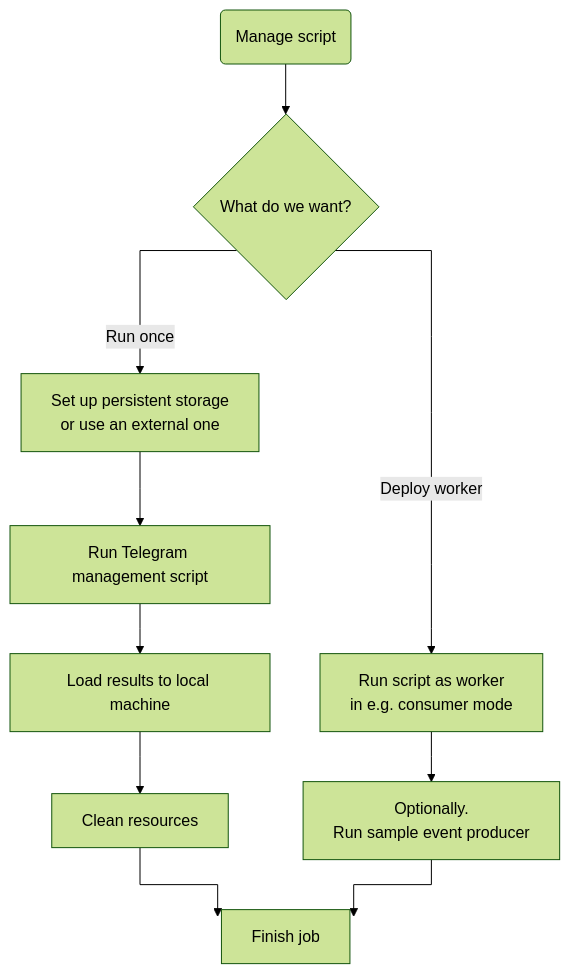
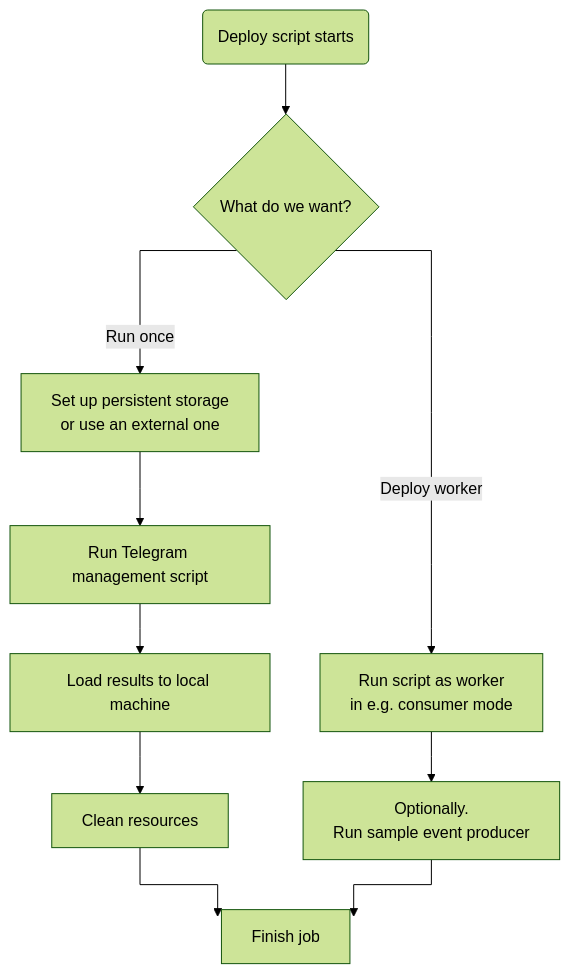
One commit to noasck/python-tg-script changed the diagram in README.md. Above: the diagram before and after it, drawn with Mermaid (forest theme). The commit also changed other lines of this file, not shown here.

````diff
--- a/README.md
+++ b/README.md
@@ -30,18 +62,18 @@
 ``` mermaid
 %%{ init: { 'flowchart': { 'curve': 'stepAfter' } } }%%
 flowchart TD
-    start(Manage script)
+    start(Deploy script starts)
     command{What do we want?}
     create_storage[Set up persistent storage \n or use an external one]
     run_job[Run Telegram management script]
     fetch_results[Load results to local machine]
     run_job_as_worker[Run script as worker \n in e.g. consumer mode]
     run_sample_client[Optionally.\n Run sample event producer]
 
     clean[Clean resources]
     finish[Finish job]
 
     start --> command
     command --> |Run once| create_storage --> run_job --> fetch_results --> clean --> finish
     command --> |Deploy worker| run_job_as_worker --> run_sample_client --> finish
 ```
````
